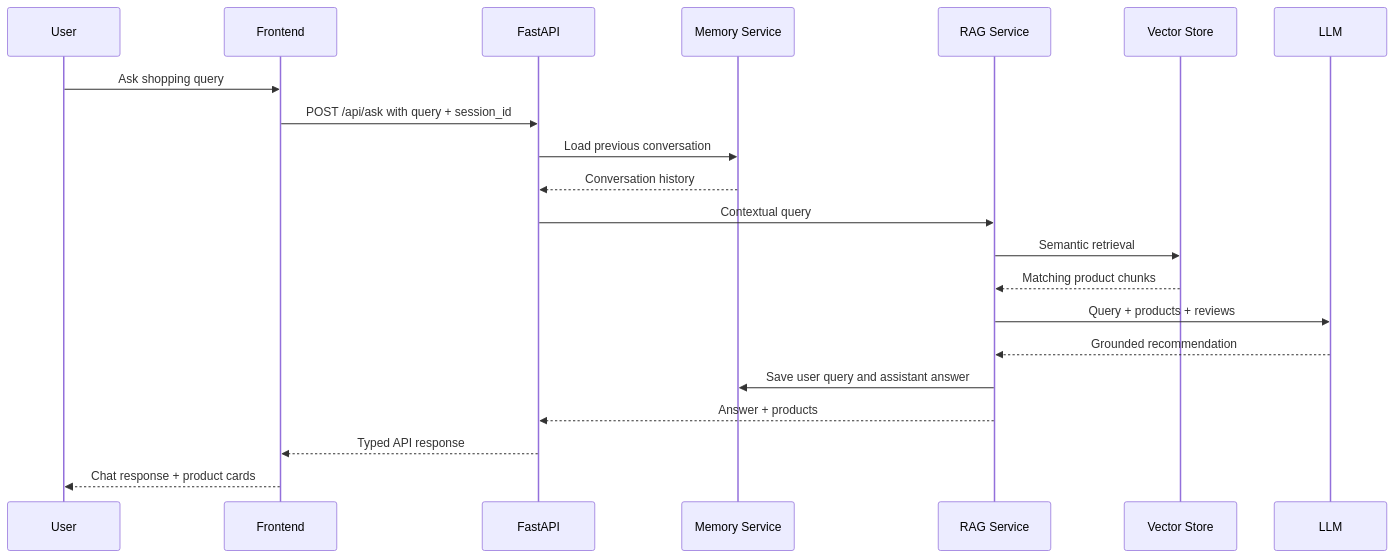
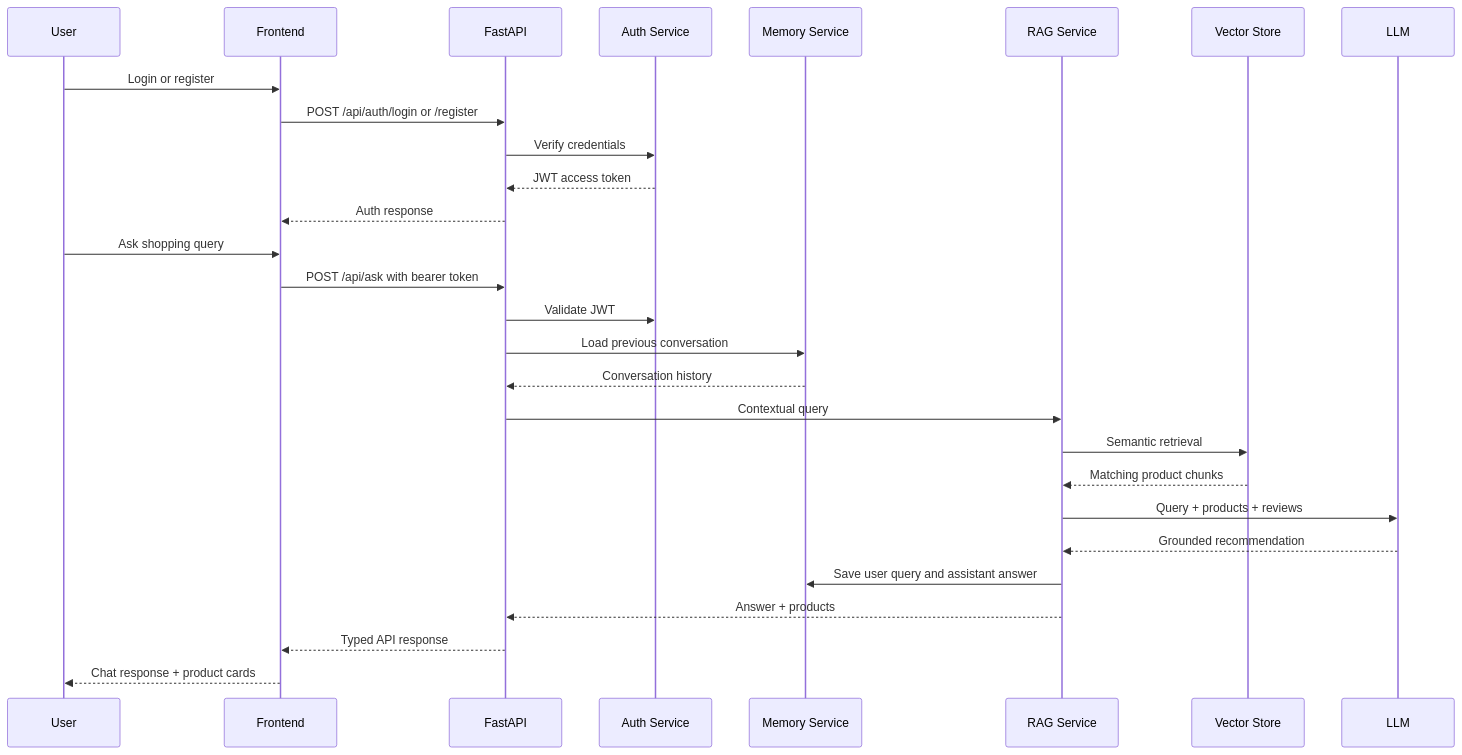
The second of 3 diagrams in README.md (tejaburugu/AI-Shopping-Copilot), drawn with Mermaid before and after one commit. The commit also changed other lines of this file and 15 other files, not shown here.

````diff
--- a/README.md
+++ b/README.md
@@ -51,24 +54,31 @@
 ```mermaid
 sequenceDiagram
     participant U as User
     participant F as Frontend
     participant B as FastAPI
+    participant A as Auth Service
     participant M as Memory Service
     participant R as RAG Service
     participant V as Vector Store
     participant L as LLM
 
+    U->>F: Login or register
+    F->>B: POST /api/auth/login or /register
+    B->>A: Verify credentials
+    A-->>B: JWT access token
+    B-->>F: Auth response
     U->>F: Ask shopping query
-    F->>B: POST /api/ask with query + session_id
+    F->>B: POST /api/ask with bearer token
+    B->>A: Validate JWT
     B->>M: Load previous conversation
     M-->>B: Conversation history
     B->>R: Contextual query
     R->>V: Semantic retrieval
     V-->>R: Matching product chunks
     R->>L: Query + products + reviews
     L-->>R: Grounded recommendation
     R->>M: Save user query and assistant answer
     R-->>B: Answer + products
     B-->>F: Typed API response
     F-->>U: Chat response + product cards
 ```
````
